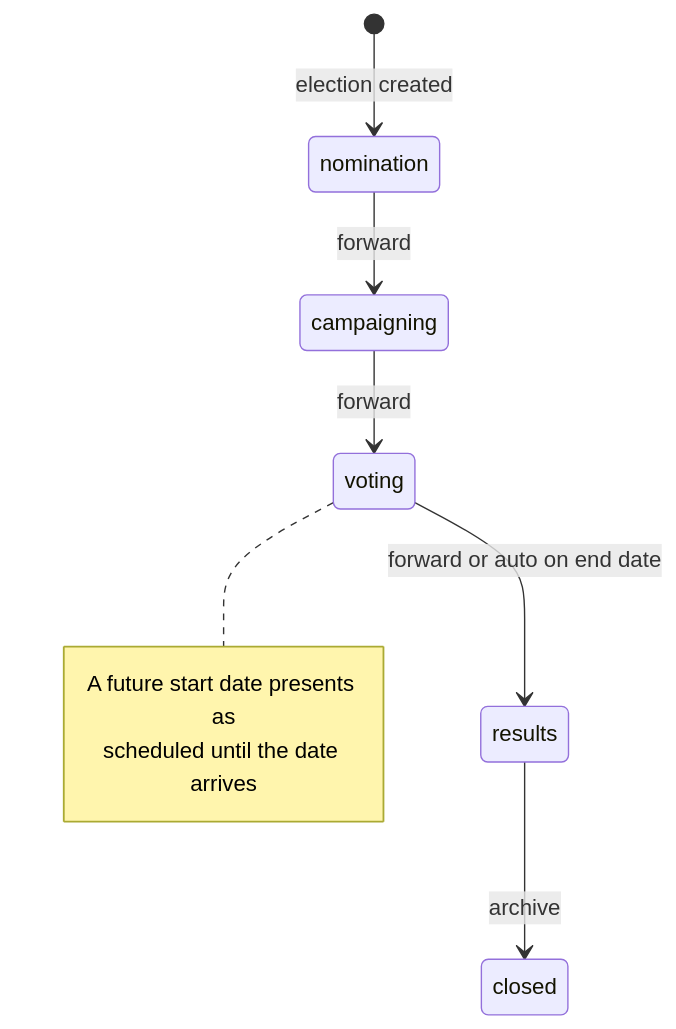
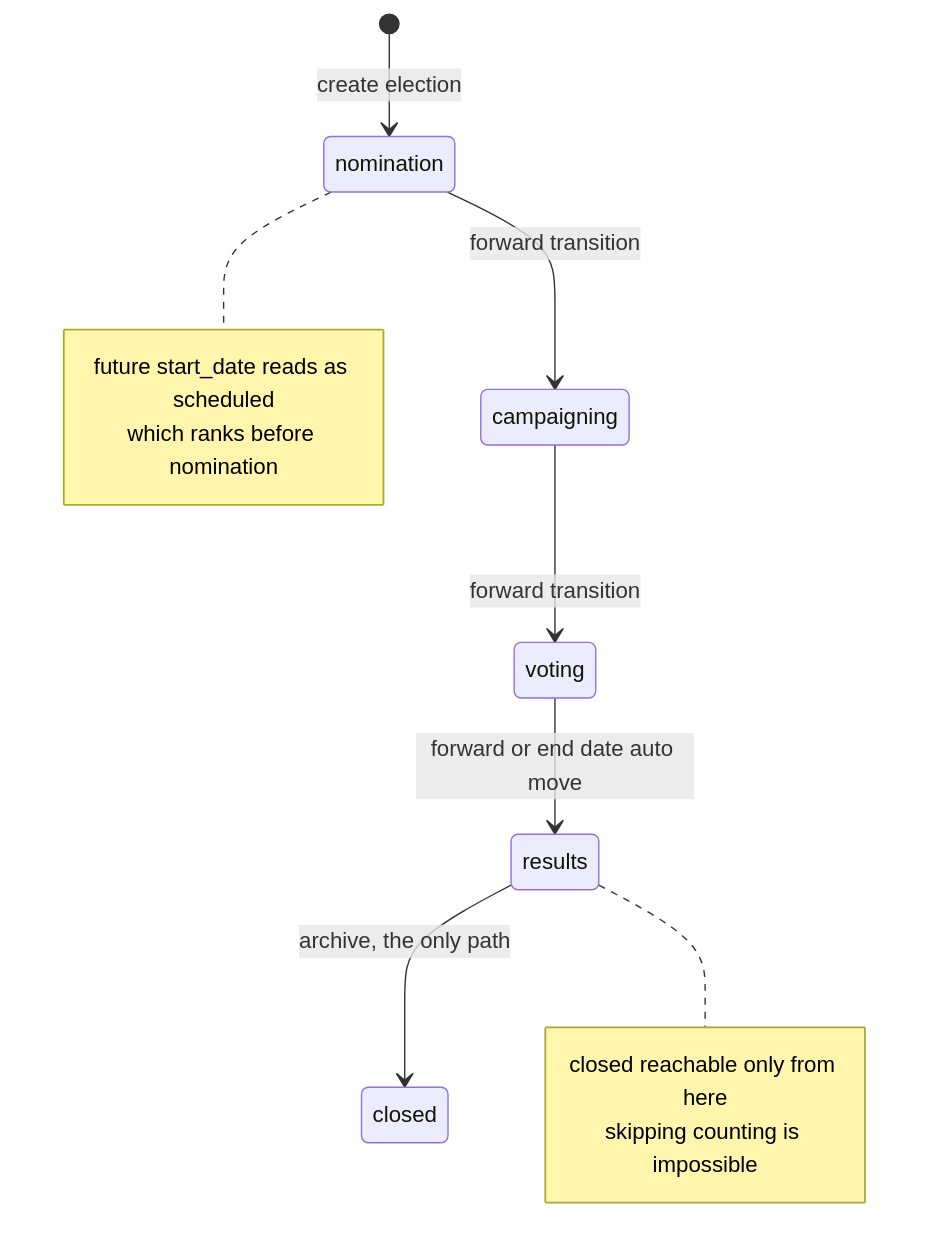
The seventh of 7 diagrams in THESIS.md (Kyei-Ernest/eVoteGhana-Prototype), drawn with Mermaid before and after one commit. The commit also changed other lines of this file, not shown here.

````diff
--- a/THESIS.md
+++ b/THESIS.md
@@ -211,12 +740,16 @@
 ```mermaid
 stateDiagram-v2
-    [*] --> nomination : election created
-    nomination --> campaigning : forward
-    campaigning --> voting : forward
-    voting --> results : forward or auto on end date
-    results --> closed : archive
-    note right of voting
-        A future start date presents as
-        scheduled until the date arrives
+    [*] --> nomination : create election
+    nomination --> campaigning : forward transition
+    campaigning --> voting : forward transition
+    voting --> results : forward or end date auto move
+    results --> closed : archive, the only path
+    note right of nomination
+        future start_date reads as scheduled
+        which ranks before nomination
+    end note
+    note right of results
+        closed reachable only from here
+        skipping counting is impossible
     end note
 ```
````
